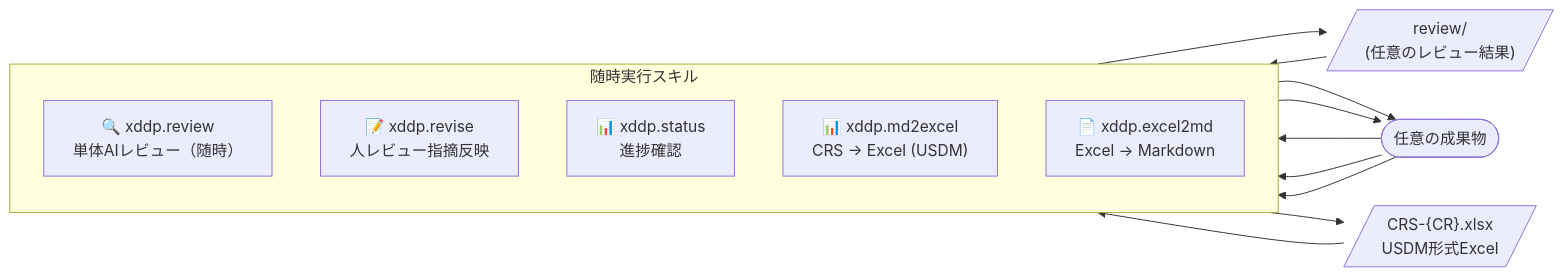
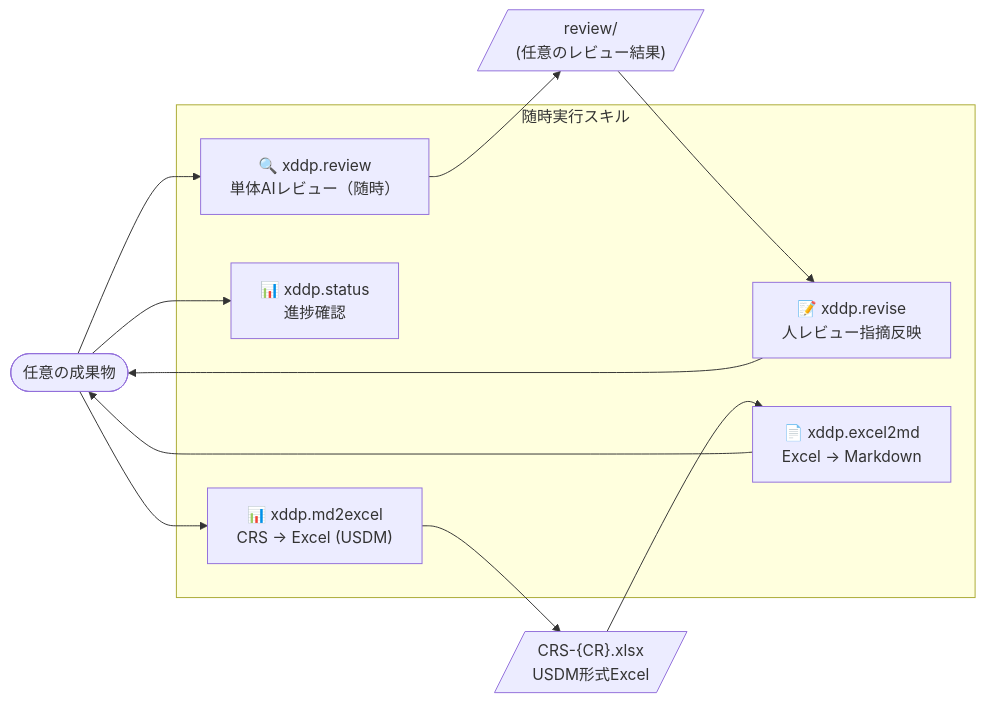
One commit to tsuna44/XddpSettings changed the fourth of 4 diagrams in docs/xddp-process-dfd.md. Above: the diagram before and after it, drawn with Mermaid. The commit also changed other lines of this file and 21 other files, not shown here.

````diff
--- a/docs/xddp-process-dfd.md
+++ b/docs/xddp-process-dfd.md
@@ -193,22 +189,21 @@
 ```mermaid
 flowchart LR
     DOC(["任意の成果物"])
 
     subgraph UTILS["随時実行スキル"]
-        direction TB
         REV["🔍 xddp.review<br/>単体AIレビュー（随時）"]
         RVS["📝 xddp.revise<br/>人レビュー指摘反映"]
         STS["📊 xddp.status<br/>進捗確認"]
         M2E["📊 xddp.md2excel<br/>CRS → Excel (USDM)"]
         E2M["📄 xddp.excel2md<br/>Excel → Markdown"]
     end
 
     REVIEW_OUT[/"review/<br/>(任意のレビュー結果)"/]
     EXCEL_OUT[/"CRS-{CR}.xlsx<br/>USDM形式Excel"/]
 
     DOC --> REV --> REVIEW_OUT
     REVIEW_OUT --> RVS --> DOC
     DOC --> STS
     DOC --> M2E --> EXCEL_OUT
     EXCEL_OUT --> E2M --> DOC
 ```
````
